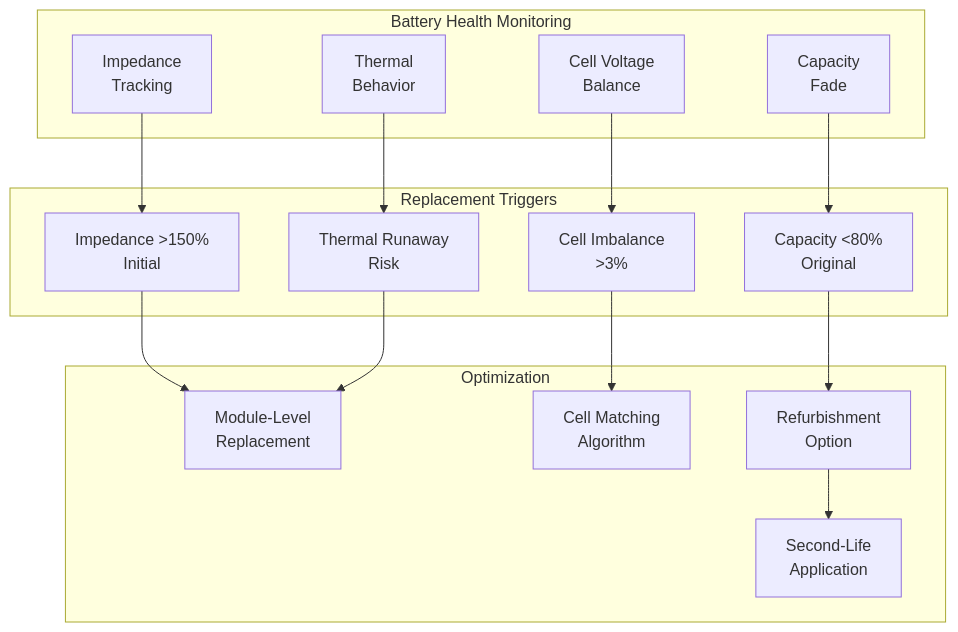
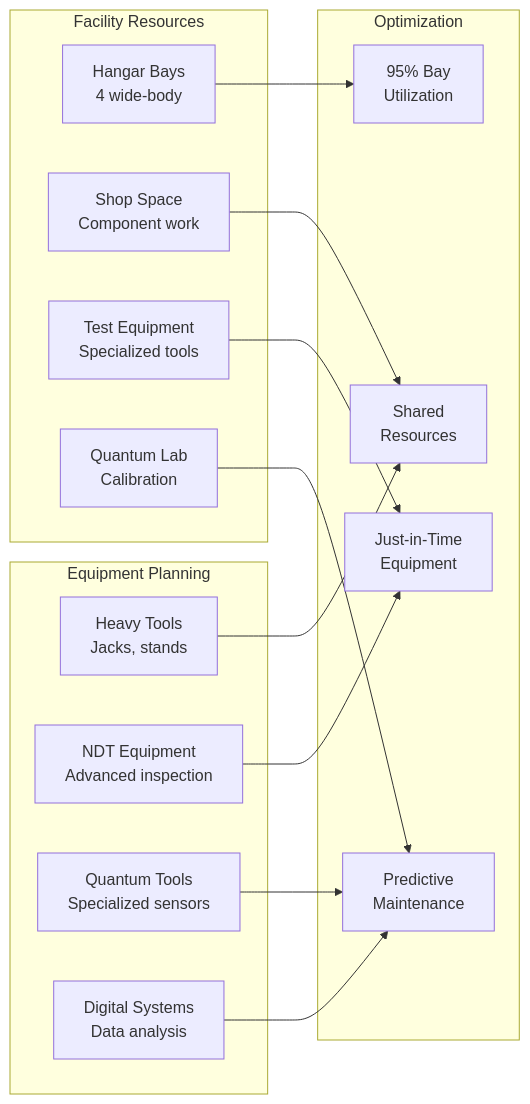
One commit to Robbbo-T/GAIA-QAO-ADVENT changed the fifth of 7 diagrams in Q-AIR/fleet/AMPEL360/BWBQ100/docs/ATA-chapters/ATA-05-TimeLimits/ 05-10-00-00-TimeLimits/05-10-10-00-LifeLimits/05-10-20-00-ServiceLife/ schedules/05-10-20-01-01-OverhaulSchedule.md. Above: the diagram before and after it, drawn with Mermaid. The commit also changed other lines of this file, not shown here.

````diff
--- a/Q-AIR/fleet/AMPEL360/BWBQ100/docs/ATA-chapters/ATA-05-TimeLimits/ 05-10-00-00-TimeLimits/05-10-10-00-LifeLimits/05-10-20-00-ServiceLife/ schedules/05-10-20-01-01-OverhaulSchedule.md
+++ b/Q-AIR/fleet/AMPEL360/BWBQ100/docs/ATA-chapters/ATA-05-TimeLimits/ 05-10-00-00-TimeLimits/05-10-10-00-LifeLimits/05-10-20-00-ServiceLife/ schedules/05-10-20-01-01-OverhaulSchedule.md
@@ -522,30 +654,32 @@
 ```mermaid
-graph TD
-    subgraph "Battery Health Monitoring"
-        BH1[Cell Voltage<br/>Balance]
-        BH2[Impedance<br/>Tracking]
-        BH3[Capacity<br/>Fade]
-        BH4[Thermal<br/>Behavior]
+graph LR
+    subgraph "Facility Resources"
+        FR1[Hangar Bays<br/>4 wide-body]
+        FR2[Shop Space<br/>Component work]
+        FR3[Test Equipment<br/>Specialized tools]
+        FR4[Quantum Lab<br/>Calibration]
     end
     
-    subgraph "Replacement Triggers"
-        RT1[Capacity <80%<br/>Original]
-        RT2[Impedance >150%<br/>Initial]
-        RT3[Cell Imbalance<br/>>3%]
-        RT4[Thermal Runaway<br/>Risk]
+    subgraph "Equipment Planning"
+        EP1[Heavy Tools<br/>Jacks, stands]
+        EP2[NDT Equipment<br/>Advanced inspection]
+        EP3[Quantum Tools<br/>Specialized sensors]
+        EP4[Digital Systems<br/>Data analysis]
     end
     
     subgraph "Optimization"
-        OP1[Module-Level<br/>Replacement]
-        OP2[Cell Matching<br/>Algorithm]
-        OP3[Refurbishment<br/>Option]
-        OP4[Second-Life<br/>Application]
+        OP1[95% Bay<br/>Utilization]
+        OP2[Shared<br/>Resources]
+        OP3[Just-in-Time<br/>Equipment]
+        OP4[Predictive<br/>Maintenance]
     end
     
-    BH1 --> RT3 --> OP2
-    BH2 --> RT2 --> OP1
-    BH3 --> RT1 --> OP3
-    BH4 --> RT4 --> OP1
-    
-    OP3 --> OP4
+    FR1 --> OP1
+    FR2 --> OP2
+    EP1 --> OP2
+    EP2 --> OP3
+    FR3 --> OP3
+    EP3 --> OP4
+    FR4 --> OP4
+    EP4 --> OP4
 ```
````
